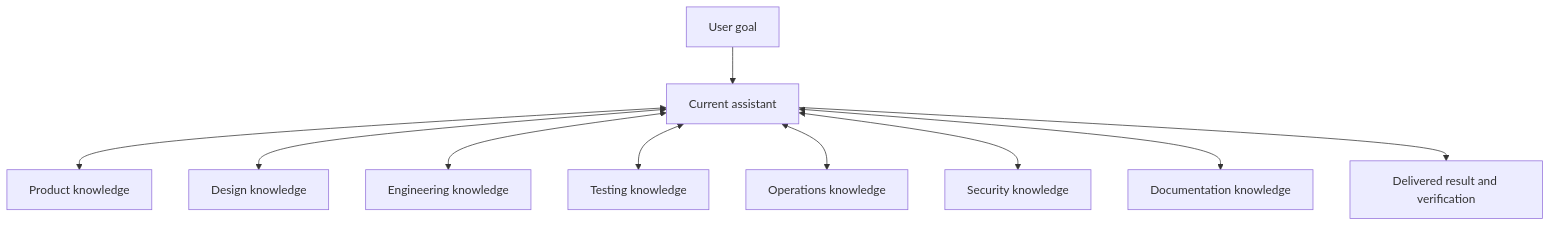
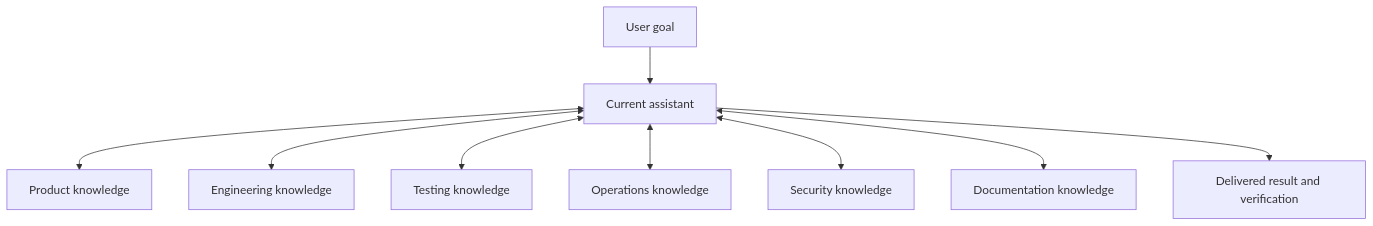
Before and after one commit to Neplich/dev-agent-skills: the diagram in README.md, drawn with Mermaid. The commit also changed other lines of this file and 67 other files, not shown here.

````diff
--- a/README.md
+++ b/README.md
@@ -144,12 +140,11 @@
 ```mermaid
 flowchart TD
     Request["User goal"] --> Assistant["Current assistant"]
     Assistant <--> Product["Product knowledge"]
-    Assistant <--> Design["Design knowledge"]
     Assistant <--> Engineering["Engineering knowledge"]
     Assistant <--> QA["Testing knowledge"]
     Assistant <--> Operations["Operations knowledge"]
     Assistant <--> Security["Security knowledge"]
     Assistant <--> Docs["Documentation knowledge"]
     Assistant --> Result["Delivered result and verification"]
 ```
````
